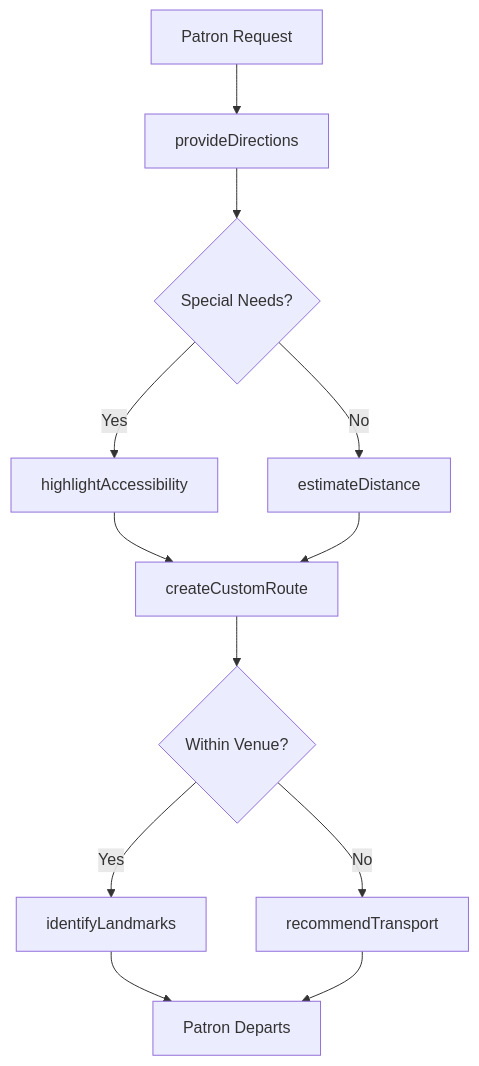
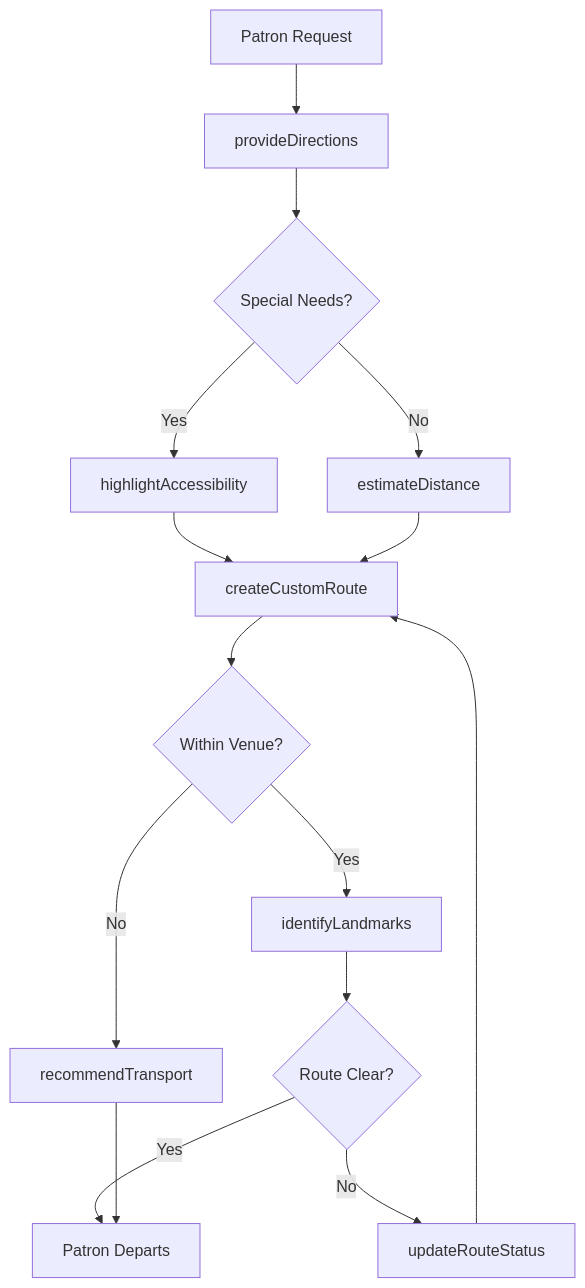
Before and after one commit to dot-org-ai/tasks.org.ai: the third of 4 diagrams in CommunicatingWithPeopleOutsideTheOrganization/ProvideInformationToGuestsClientsOrCustomers/ProvidePatronsDirectionsLocalesAttractions.mdx, drawn with Mermaid. The commit also changed other lines of this file and 504 other files, not shown here.

First line of the commit message:
feat: Add ER diagrams, state diagrams, and workflow improvements to 96 DWA task files

````diff
--- a/CommunicatingWithPeopleOutsideTheOrganization/ProvideInformationToGuestsClientsOrCustomers/ProvidePatronsDirectionsLocalesAttractions.mdx
+++ b/CommunicatingWithPeopleOutsideTheOrganization/ProvideInformationToGuestsClientsOrCustomers/ProvidePatronsDirectionsLocalesAttractions.mdx
@@ -87,14 +114,17 @@
 ```mermaid
 graph TD
     A[Patron Request] --> B[provideDirections]
     B --> C{Special Needs?}
     C -->|Yes| D[highlightAccessibility]
     C -->|No| E[estimateDistance]
     D --> F[createCustomRoute]
     E --> F
     F --> G{Within Venue?}
     G -->|Yes| H[identifyLandmarks]
     G -->|No| I[recommendTransport]
-    H --> J[Patron Departs]
-    I --> J
+    H --> J{Route Clear?}
+    J -->|Yes| K[Patron Departs]
+    J -->|No| L[updateRouteStatus]
+    L --> F
+    I --> K
 ```
````
